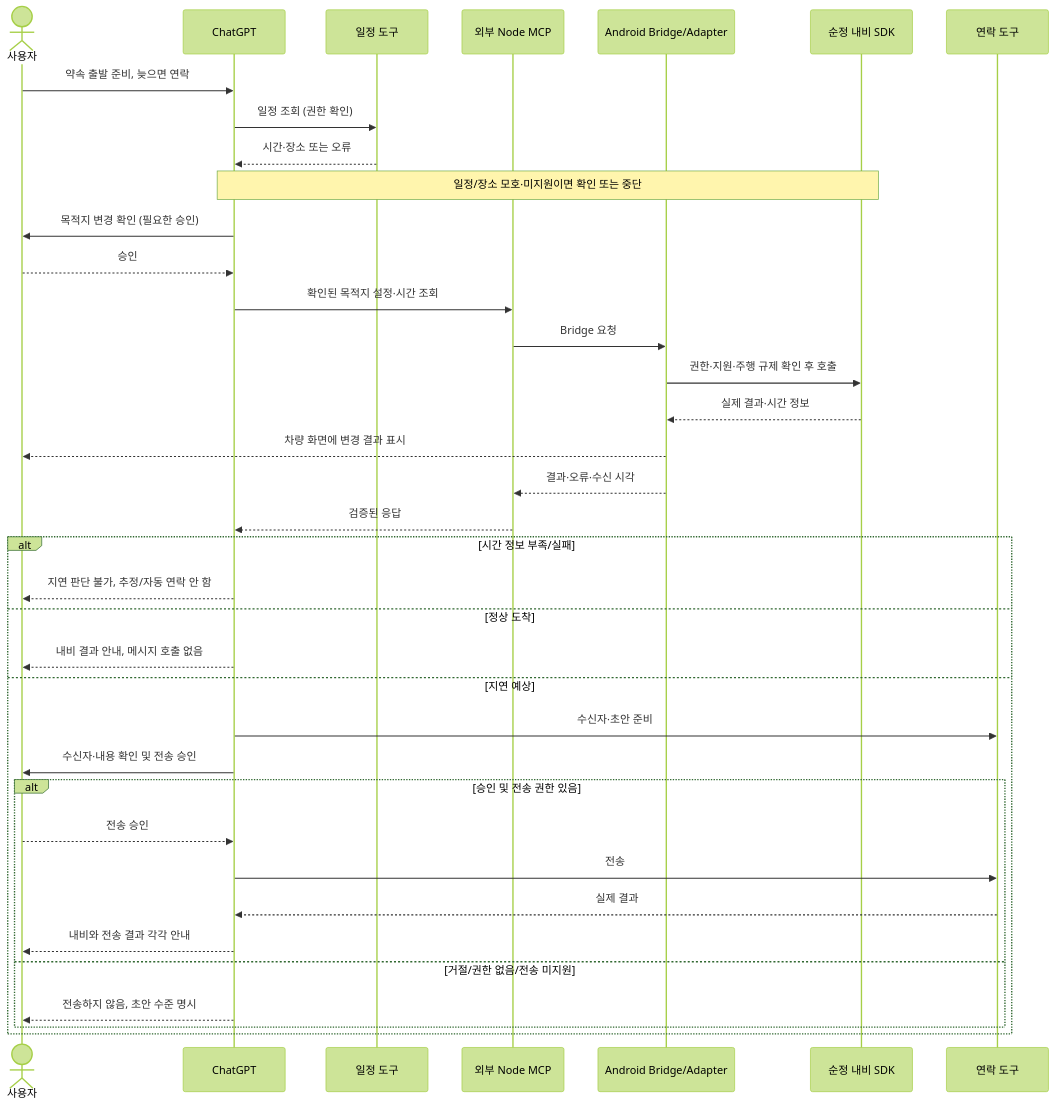
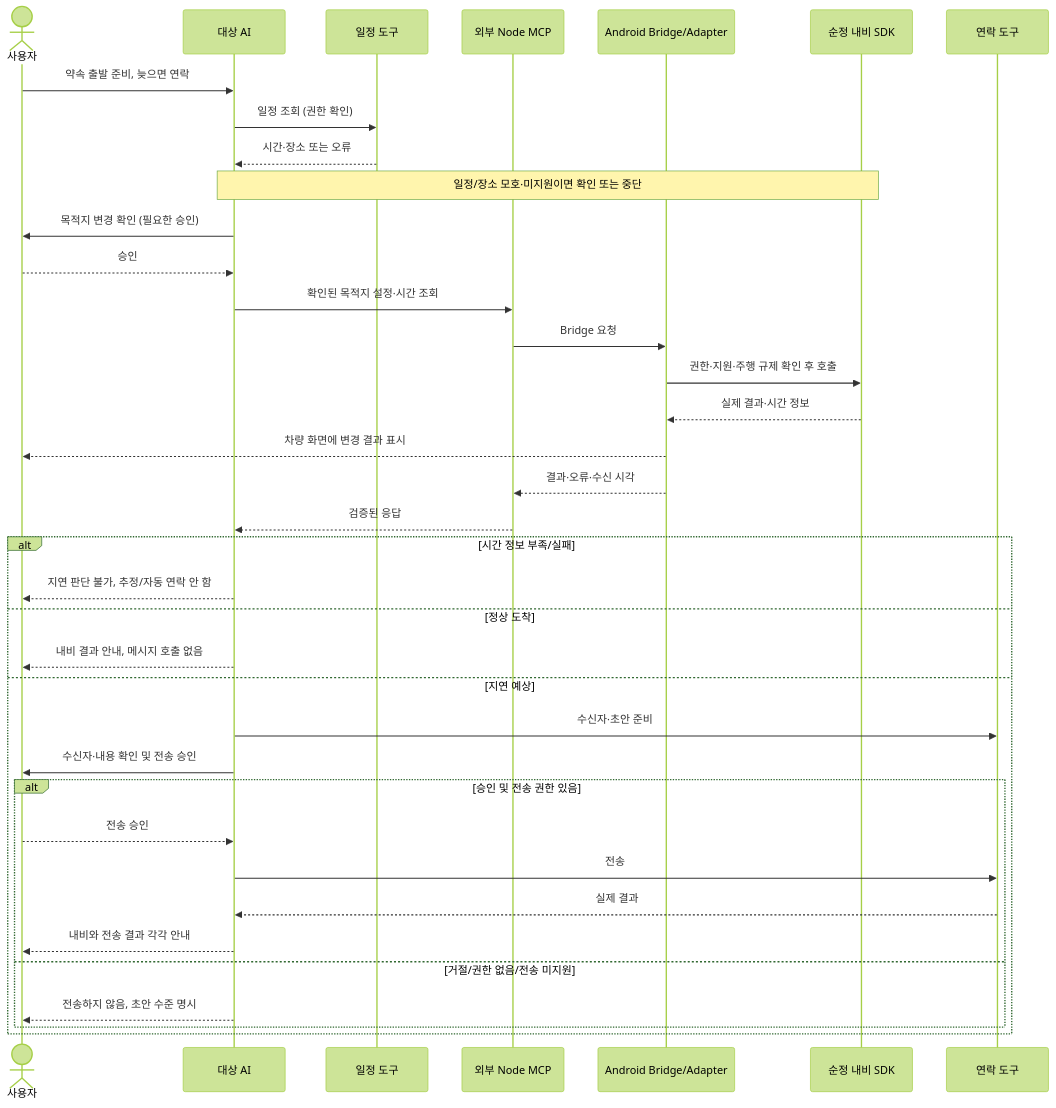
Before and after one commit to SubHye/Pleos_PA: the diagram in docs/architecture/scenarios/appointment-departure.md, drawn with Mermaid (forest theme). The commit also changed other lines of this file and 3 other files, not shown here.

First line of the commit message:
Align docs with the ChatGPT and Claude first-phase scope

````diff
--- a/docs/architecture/scenarios/appointment-departure.md
+++ b/docs/architecture/scenarios/appointment-departure.md
@@ -5,39 +5,39 @@
 ```mermaid
 sequenceDiagram
     actor User as 사용자
-    participant AI as ChatGPT
+    participant AI as 대상 AI
     participant Calendar as 일정 도구
     participant MCP as 외부 Node MCP
     participant App as Android Bridge/Adapter
     participant Navi as 순정 내비 SDK
     participant Message as 연락 도구
     User->>AI: 약속 출발 준비, 늦으면 연락
     AI->>Calendar: 일정 조회 (권한 확인)
     Calendar-->>AI: 시간·장소 또는 오류
     Note over AI,Navi: 일정/장소 모호·미지원이면 확인 또는 중단
     AI->>User: 목적지 변경 확인 (필요한 승인)
     User-->>AI: 승인
     AI->>MCP: 확인된 목적지 설정·시간 조회
     MCP->>App: Bridge 요청
     App->>Navi: 권한·지원·주행 규제 확인 후 호출
     Navi-->>App: 실제 결과·시간 정보
     App-->>User: 차량 화면에 변경 결과 표시
     App-->>MCP: 결과·오류·수신 시각
     MCP-->>AI: 검증된 응답
     alt 시간 정보 부족/실패
         AI-->>User: 지연 판단 불가, 추정/자동 연락 안 함
     else 정상 도착
         AI-->>User: 내비 결과 안내, 메시지 호출 없음
     else 지연 예상
         AI->>Message: 수신자·초안 준비
         AI->>User: 수신자·내용 확인 및 전송 승인
         alt 승인 및 전송 권한 있음
             User-->>AI: 전송 승인
             AI->>Message: 전송
             Message-->>AI: 실제 결과
             AI-->>User: 내비와 전송 결과 각각 안내
         else 거절/권한 없음/전송 미지원
             AI-->>User: 전송하지 않음, 초안 수준 명시
         end
     end
 ```
````
